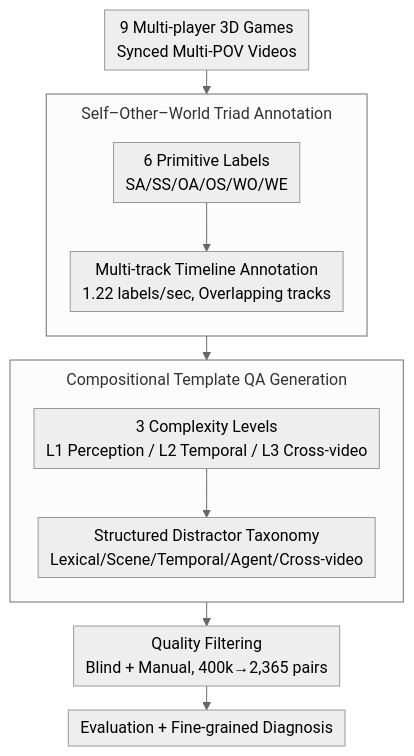
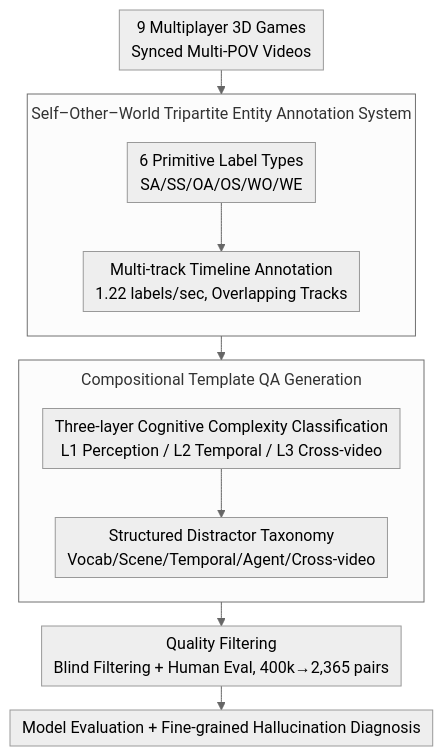
The diagram in docs/ACL2026/multimodal_vlm/gameplayqa_a_benchmarking_framework_for_decision-dense_pov-synced_multi-video_un.md (zhaoyang97/Paper-Notes-en), drawn with Mermaid (neutral theme) before and after one commit. The commit also changed other lines of this file and 5084 other files, not shown here.

````diff
--- a/docs/ACL2026/multimodal_vlm/gameplayqa_a_benchmarking_framework_for_decision-dense_pov-synced_multi-video_un.md
+++ b/docs/ACL2026/multimodal_vlm/gameplayqa_a_benchmarking_framework_for_decision-dense_pov-synced_multi-video_un.md
@@ -44,16 +44,16 @@
 ```mermaid
 %%{init: {'flowchart': {'rankSpacing': 24, 'nodeSpacing': 28, 'padding': 6, 'wrappingWidth': 400, 'subGraphTitleMargin': {'top': 8, 'bottom': 16}}}}%%
 flowchart TD
-    A["9 Multi-player 3D Games<br/>Synced Multi-POV Videos"] --> B
-    subgraph B["Self–Other–World Triad Annotation"]
+    A["9 Multiplayer 3D Games<br/>Synced Multi-POV Videos"] --> B
+    subgraph B["Self–Other–World Tripartite Entity Annotation System"]
         direction TB
-        B1["6 Primitive Labels<br/>SA/SS/OA/OS/WO/WE"] --> B2["Multi-track Timeline Annotation<br/>1.22 labels/sec, Overlapping tracks"]
+        B1["6 Primitive Label Types<br/>SA/SS/OA/OS/WO/WE"] --> B2["Multi-track Timeline Annotation<br/>1.22 labels/sec, Overlapping Tracks"]
     end
     B --> C
     subgraph C["Compositional Template QA Generation"]
         direction TB
-        C1["3 Complexity Levels<br/>L1 Perception / L2 Temporal / L3 Cross-video"] --> C2["Structured Distractor Taxonomy<br/>Lexical/Scene/Temporal/Agent/Cross-video"]
+        C1["Three-layer Cognitive Complexity Classification<br/>L1 Perception / L2 Temporal / L3 Cross-video"] --> C2["Structured Distractor Taxonomy<br/>Vocab/Scene/Temporal/Agent/Cross-video"]
     end
-    C --> D["Quality Filtering<br/>Blind + Manual, 400k→2,365 pairs"]
-    D --> E["Evaluation + Fine-grained Diagnosis"]
+    C --> D["Quality Filtering<br/>Blind Filtering + Human Eval, 400k→2,365 pairs"]
+    D --> E["Model Evaluation + Fine-grained Hallucination Diagnosis"]
 ```
````
